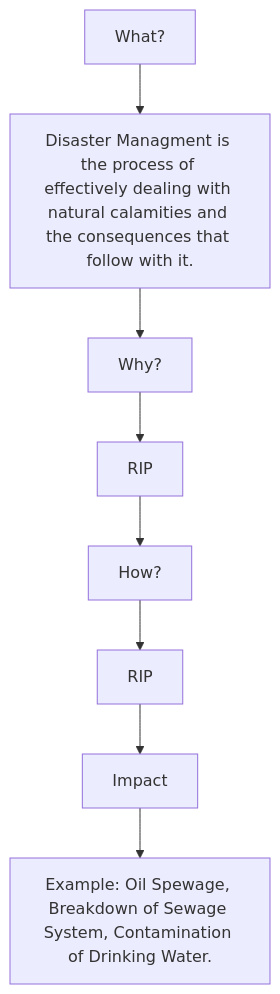
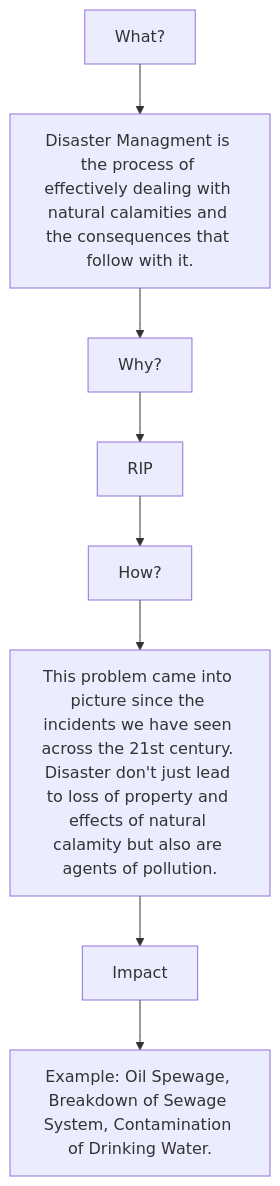
One commit to SivaaB/File_Leak_Detection changed the diagram in flowchart2.md. Above: the diagram before and after it, drawn with Mermaid.

````diff
--- a/flowchart2.md
+++ b/flowchart2.md
@@ -1,10 +1,10 @@
 ```mermaid
 graph TD
 A[What?] --> B[Disaster Managment is the process of effectively dealing with natural calamities and the consequences that follow with it.]
 B --> C[Why?] 
 C --> D[RIP]
 D --> E[How?]
-E --> F[RIP]
+E --> F[This problem came into picture since the incidents we have seen across the 21st century. Disaster don't just lead to loss of property and effects of natural calamity but also are agents of pollution.]
 F --> G[Impact]
 G --> H[Example: Oil Spewage, Breakdown of Sewage System, Contamination of Drinking Water.]
  ```
````
